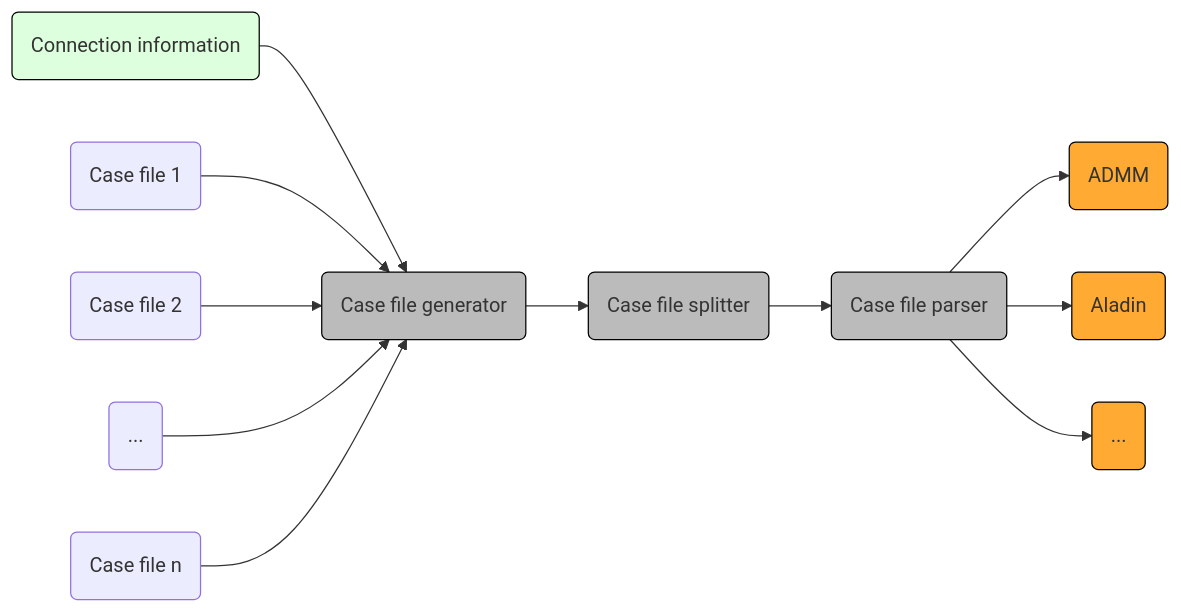
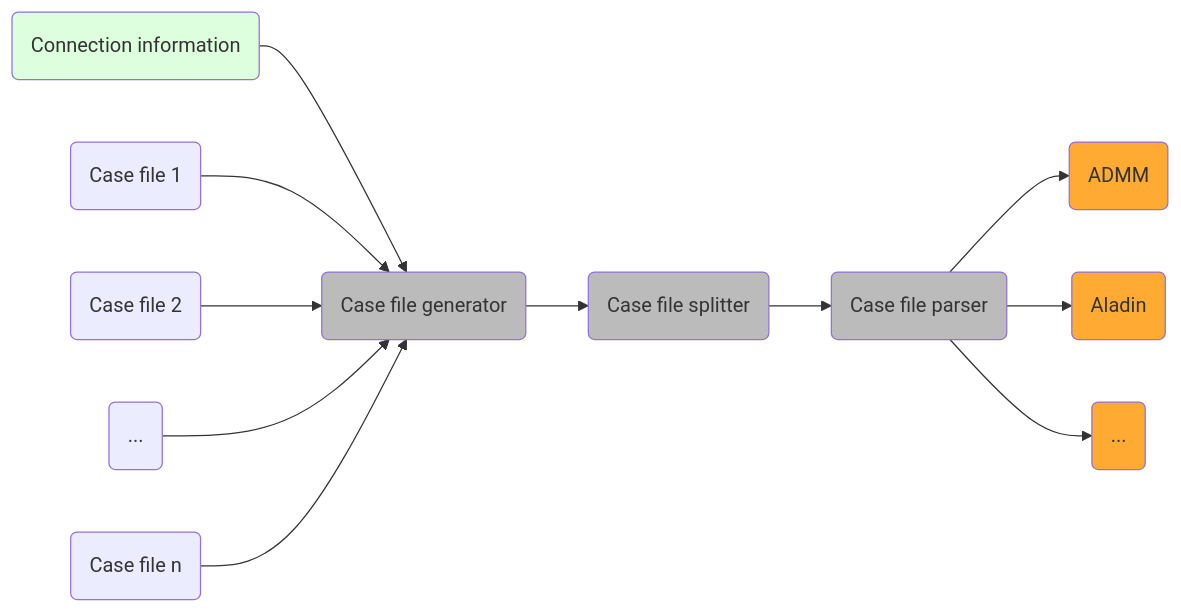
The first of 5 diagrams in readme.md (KIT-IAI/rapidPF), drawn with Mermaid before and after one commit. The commit also changed other lines of this file, not shown here.

Commit message:
fixed colors for mermaid + equations in readme.md

````diff
--- a/readme.md
+++ b/readme.md
@@ -10,17 +10,17 @@
 ```mermaid
 graph LR;
     conn(Connection information) --> generator:::case-file-x;
     mpc1(Case file 1) --> generator(Case file generator);
     mpc2(Case file 2) --> generator;
     mpcdot(...) --> generator(Case file generator);
     mpcn(Case file n) --> generator(Case file generator);
     generator-->splitter(Case file splitter):::case-file-x;
     splitter-->parser(Case file parser):::case-file-x;
     parser --> solver1(ADMM):::solver;
     parser --> solver2(Aladin):::solver;
     parser --> solverDot(...):::solver;
 
-    style conn fill:#ddffdd, stroke:#000000;
-    classDef case-file-x fill:#bbbbbb, stroke:#000000;
-    classDef solver fill:#FFAA33, stroke:#000000;
+    style conn fill:#ddffdd;
+    classDef case-file-x fill:#bbbbbb;
+    classDef solver fill:#FFAA33;
 ```
````
